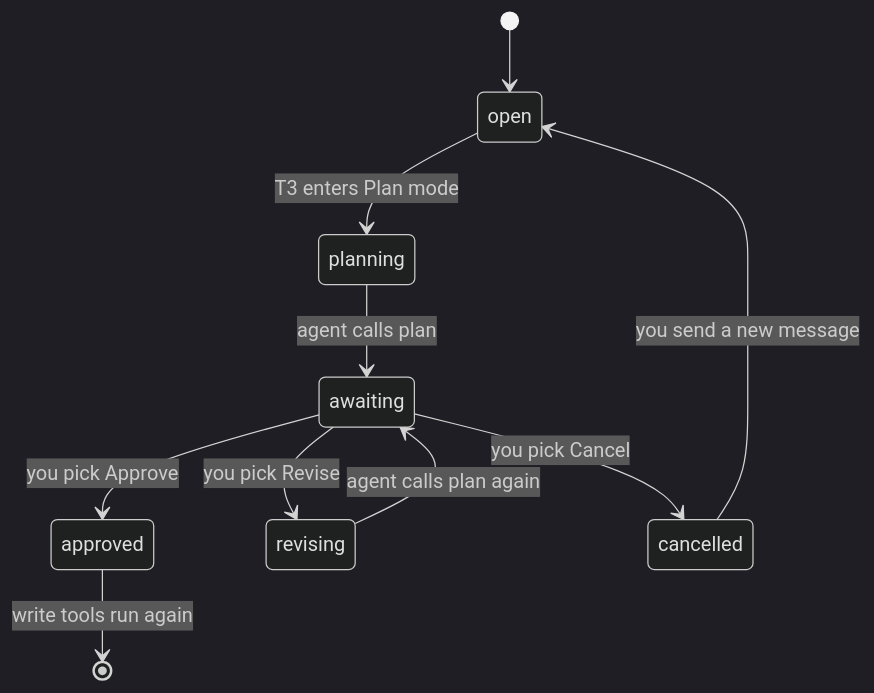
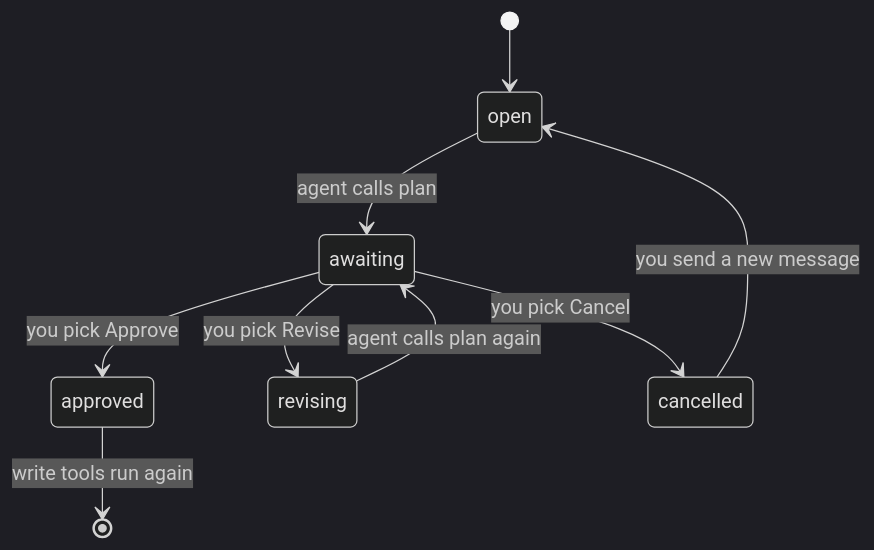
Before and after one commit to Snestra/pi-t3-bridge: the second of 4 diagrams in README.md, drawn with Mermaid (dark theme). The commit also changed other lines of this file and 19 other files, not shown here.

````diff
--- a/README.md
+++ b/README.md
@@ -165,12 +165,11 @@
 ```mermaid
 stateDiagram-v2
     [*] --> open
-    open --> planning: T3 enters Plan mode
-    planning --> awaiting: agent calls plan
+    open --> awaiting: agent calls plan
     awaiting --> approved: you pick Approve
     awaiting --> revising: you pick Revise
     awaiting --> cancelled: you pick Cancel
     revising --> awaiting: agent calls plan again
     cancelled --> open: you send a new message
     approved --> [*]: write tools run again
 ```
````
